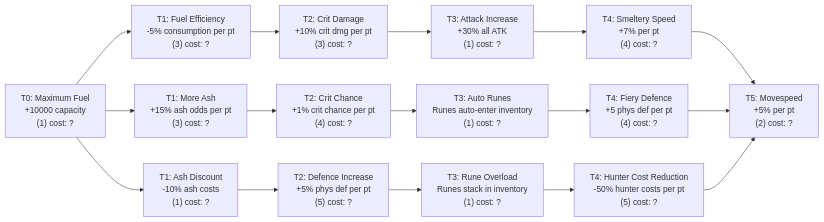
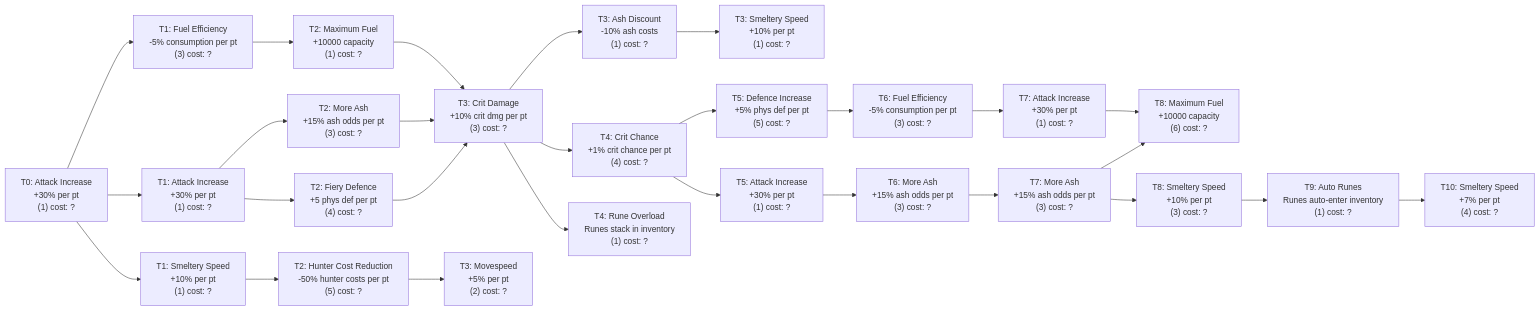
The fifth of 5 diagrams in docs/talent-tree-review.md (Zeider/EvitaniaPlanner), drawn with Mermaid before and after one commit. The commit also changed 8 other files, not shown here.

````diff
--- a/docs/talent-tree-review.md
+++ b/docs/talent-tree-review.md
@@ -294,36 +294,57 @@
 ```mermaid
 graph LR
-    T0_0["T0: Maximum Fuel<br/>+10000 capacity<br/>(1) cost: ?"]
+    T0_0["T0: Attack Increase<br/>+30% per pt<br/>(1) cost: ?"]
 
     T1_0["T1: Fuel Efficiency<br/>-5% consumption per pt<br/>(3) cost: ?"]
-    T1_1["T1: More Ash<br/>+15% ash odds per pt<br/>(3) cost: ?"]
-    T1_2["T1: Ash Discount<br/>-10% ash costs<br/>(1) cost: ?"]
+    T1_1["T1: Attack Increase<br/>+30% per pt<br/>(1) cost: ?"]
+    T1_2["T1: Smeltery Speed<br/>+10% per pt<br/>(1) cost: ?"]
 
-    T2_0["T2: Crit Damage<br/>+10% crit dmg per pt<br/>(3) cost: ?"]
-    T2_1["T2: Crit Chance<br/>+1% crit chance per pt<br/>(4) cost: ?"]
-    T2_2["T2: Defence Increase<br/>+5% phys def per pt<br/>(5) cost: ?"]
+    T2_0["T2: Maximum Fuel<br/>+10000 capacity<br/>(1) cost: ?"]
+    T2_1["T2: More Ash<br/>+15% ash odds per pt<br/>(3) cost: ?"]
+    T2_2["T2: Fiery Defence<br/>+5 phys def per pt<br/>(4) cost: ?"]
+    T2_3["T2: Hunter Cost Reduction<br/>-50% hunter costs per pt<br/>(5) cost: ?"]
 
-    T3_0["T3: Attack Increase<br/>+30% all ATK<br/>(1) cost: ?"]
-    T3_1["T3: Auto Runes<br/>Runes auto-enter inventory<br/>(1) cost: ?"]
-    T3_2["T3: Rune Overload<br/>Runes stack in inventory<br/>(1) cost: ?"]
+    T3_0["T3: Crit Damage<br/>+10% crit dmg per pt<br/>(3) cost: ?"]
+    T3_1["T3: Ash Discount<br/>-10% ash costs<br/>(1) cost: ?"]
+    T3_2["T3: Smeltery Speed<br/>+10% per pt<br/>(1) cost: ?"]
+    T3_3["T3: Movespeed<br/>+5% per pt<br/>(2) cost: ?"]
 
-    T4_0["T4: Smeltery Speed<br/>+7% per pt<br/>(4) cost: ?"]
-    T4_1["T4: Fiery Defence<br/>+5 phys def per pt<br/>(4) cost: ?"]
-    T4_2["T4: Hunter Cost Reduction<br/>-50% hunter costs per pt<br/>(5) cost: ?"]
+    T4_0["T4: Crit Chance<br/>+1% crit chance per pt<br/>(4) cost: ?"]
+    T4_1["T4: Rune Overload<br/>Runes stack in inventory<br/>(1) cost: ?"]
 
-    T5_0["T5: Movespeed<br/>+5% per pt<br/>(2) cost: ?"]
+    T5_0["T5: Defence Increase<br/>+5% phys def per pt<br/>(5) cost: ?"]
+    T5_1["T5: Attack Increase<br/>+30% per pt<br/>(1) cost: ?"]
+
+    T6_0["T6: Fuel Efficiency<br/>-5% consumption per pt<br/>(3) cost: ?"]
+    T6_1["T6: More Ash<br/>+15% ash odds per pt<br/>(3) cost: ?"]
+
+    T7_0["T7: Attack Increase<br/>+30% per pt<br/>(1) cost: ?"]
+    T7_1["T7: More Ash<br/>+15% ash odds per pt<br/>(3) cost: ?"]
+
+    T8_0["T8: Maximum Fuel<br/>+10000 capacity<br/>(6) cost: ?"]
+    T8_1["T8: Smeltery Speed<br/>+10% per pt<br/>(3) cost: ?"]
+
+    T9_0["T9: Auto Runes<br/>Runes auto-enter inventory<br/>(1) cost: ?"]
+
+    T10_0["T10: Smeltery Speed<br/>+7% per pt<br/>(4) cost: ?"]
 
     T0_0 --> T1_0 & T1_1 & T1_2
     T1_0 --> T2_0
-    T1_1 --> T2_1
-    T1_2 --> T2_2
+    T1_1 --> T2_1 & T2_2
+    T1_2 --> T2_3
     T2_0 --> T3_0
-    T2_1 --> T3_1
-    T2_2 --> T3_2
-    T3_0 --> T4_0
-    T3_1 --> T4_1
-    T3_2 --> T4_2
-    T4_0 --> T5_0
-    T4_1 --> T5_0
-    T4_2 --> T5_0
+    T2_1 --> T3_0
+    T2_2 --> T3_0
+    T2_3 --> T3_3
+    T3_0 --> T4_0 & T4_1 & T3_1
+    T3_1 --> T3_2
+    T4_0 --> T5_0 & T5_1
+    T5_0 --> T6_0
+    T5_1 --> T6_1
+    T6_0 --> T7_0
+    T6_1 --> T7_1
+    T7_0 --> T8_0
+    T7_1 --> T8_0 & T8_1
+    T8_1 --> T9_0
+    T9_0 --> T10_0
 ```
````
